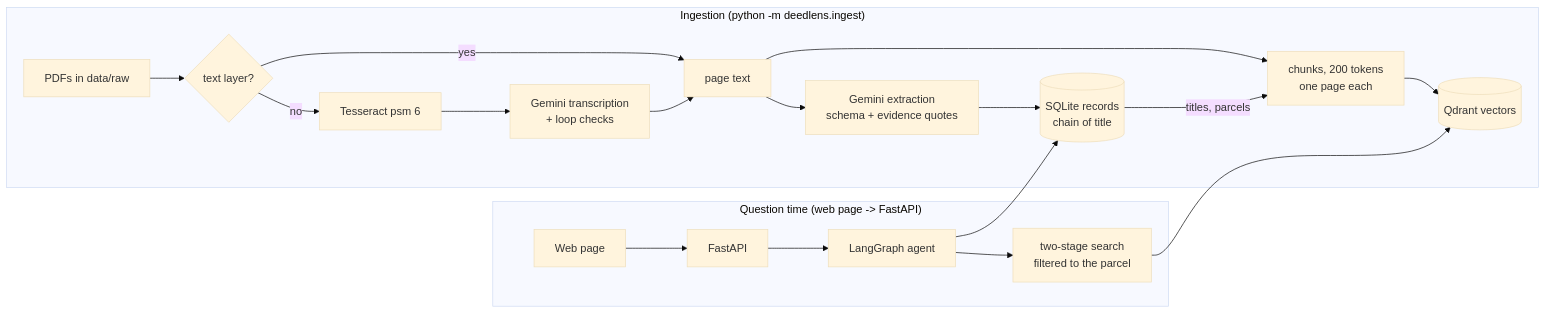
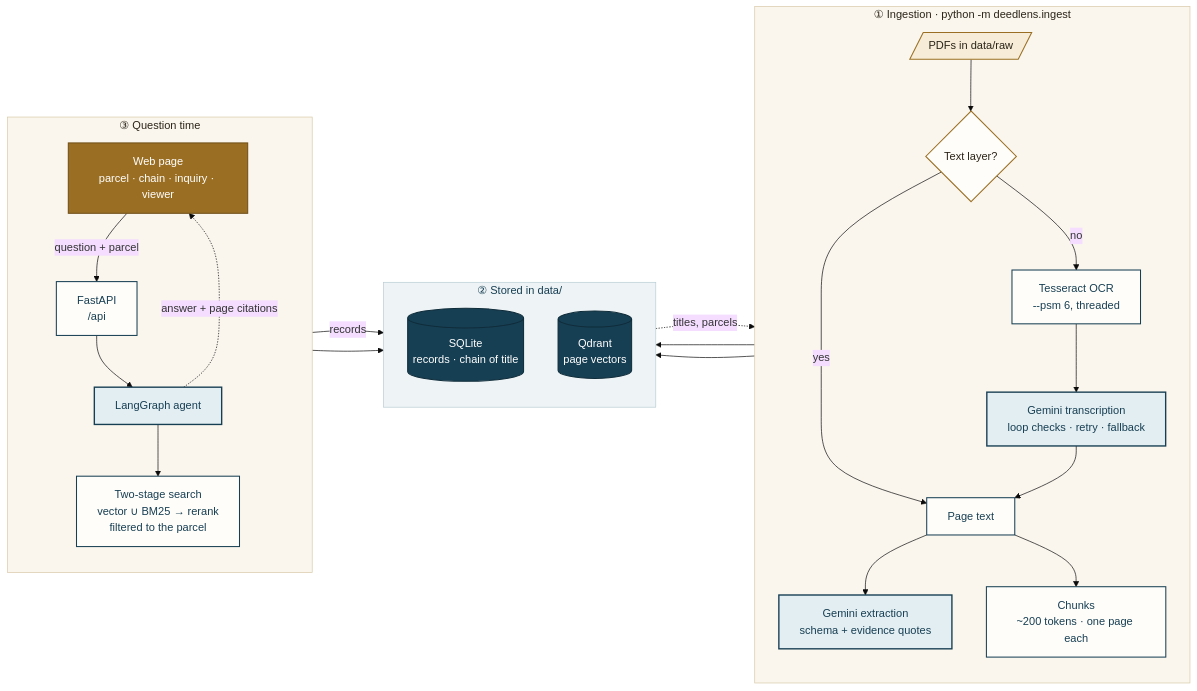
One commit to Abhijeet-Saich/deed-lens changed the first of 2 diagrams in README.md. Above: the diagram before and after it, drawn with Mermaid (base theme). The commit also changed other lines of this file and 5 other files, not shown here.

````diff
--- a/README.md
+++ b/README.md
@@ -49,17 +75,47 @@
 ```mermaid
 flowchart LR
-  subgraph Ingestion["Ingestion  (python -m deedlens.ingest)"]
-    PDF[PDFs in data/raw] --> T{text layer?}
-    T -- yes --> TXT[page text]
-    T -- no --> OCR[Tesseract psm 6] --> GEM[Gemini transcription<br/>+ loop checks] --> TXT
-    TXT --> EX[Gemini extraction<br/>schema + evidence quotes]
-    EX --> DB[(SQLite records<br/>chain of title)]
-    TXT --> CH[chunks, 200 tokens<br/>one page each] --> Q[(Qdrant vectors)]
-    DB -- titles, parcels --> CH
+  classDef input fill:#f6ecd7,stroke:#9b6f23,stroke-width:1.5px,color:#2b2418
+  classDef step fill:#fffdf9,stroke:#173f53,stroke-width:1.5px,color:#173f53
+  classDef decide fill:#fffdf9,stroke:#9b6f23,stroke-width:1.5px,color:#2b2418
+  classDef llm fill:#e3eef2,stroke:#173f53,stroke-width:2px,color:#173f53
+  classDef store fill:#173f53,stroke:#0f2c3a,stroke-width:1.5px,color:#ffffff
+  classDef ui fill:#9b6f23,stroke:#6f4f18,stroke-width:1.5px,color:#ffffff
+
+  subgraph ING["① Ingestion · python -m deedlens.ingest"]
+    direction TB
+    PDF[/"PDFs in data/raw"/]:::input --> T{"Text layer?"}:::decide
+    T -- yes --> TXT["Page text"]:::step
+    T -- no --> OCR["Tesseract OCR<br/>--psm 6, threaded"]:::step
+    OCR --> GEM["Gemini transcription<br/>loop checks · retry · fallback"]:::llm
+    GEM --> TXT
+    TXT --> EX["Gemini extraction<br/>schema + evidence quotes"]:::llm
+    TXT --> CH["Chunks<br/>~200 tokens · one page each"]:::step
   end
-  subgraph Question["Question time  (web page -> FastAPI)"]
-    UI[Web page] --> API[FastAPI] --> AG[LangGraph agent]
-    AG --> DB
-    AG --> S[two-stage search<br/>filtered to the parcel] --> Q
+
+  subgraph DATA["② Stored in data/"]
+    direction TB
+    DB[("SQLite<br/>records · chain of title")]:::store
+    Q[("Qdrant<br/>page vectors")]:::store
   end
+
+  subgraph ASK["③ Question time"]
+    direction TB
+    UI["Web page<br/>parcel · chain · inquiry · viewer"]:::ui
+    API["FastAPI<br/>/api"]:::step
+    AG["LangGraph agent"]:::llm
+    S["Two-stage search<br/>vector ∪ BM25 → rerank<br/>filtered to the parcel"]:::step
+    UI -- question + parcel --> API --> AG
+    AG --> S
+  end
+
+  EX --> DB
+  DB -. "titles, parcels" .-> CH
+  CH --> Q
+  AG -- "records" --> DB
+  S --> Q
+  AG -. "answer + page citations" .-> UI
+
+  style ING fill:#faf6ee,stroke:#d8c9a8,color:#2b2418
+  style DATA fill:#eef3f5,stroke:#b9ccd4,color:#173f53
+  style ASK fill:#faf6ee,stroke:#d8c9a8,color:#2b2418
 ```
````
